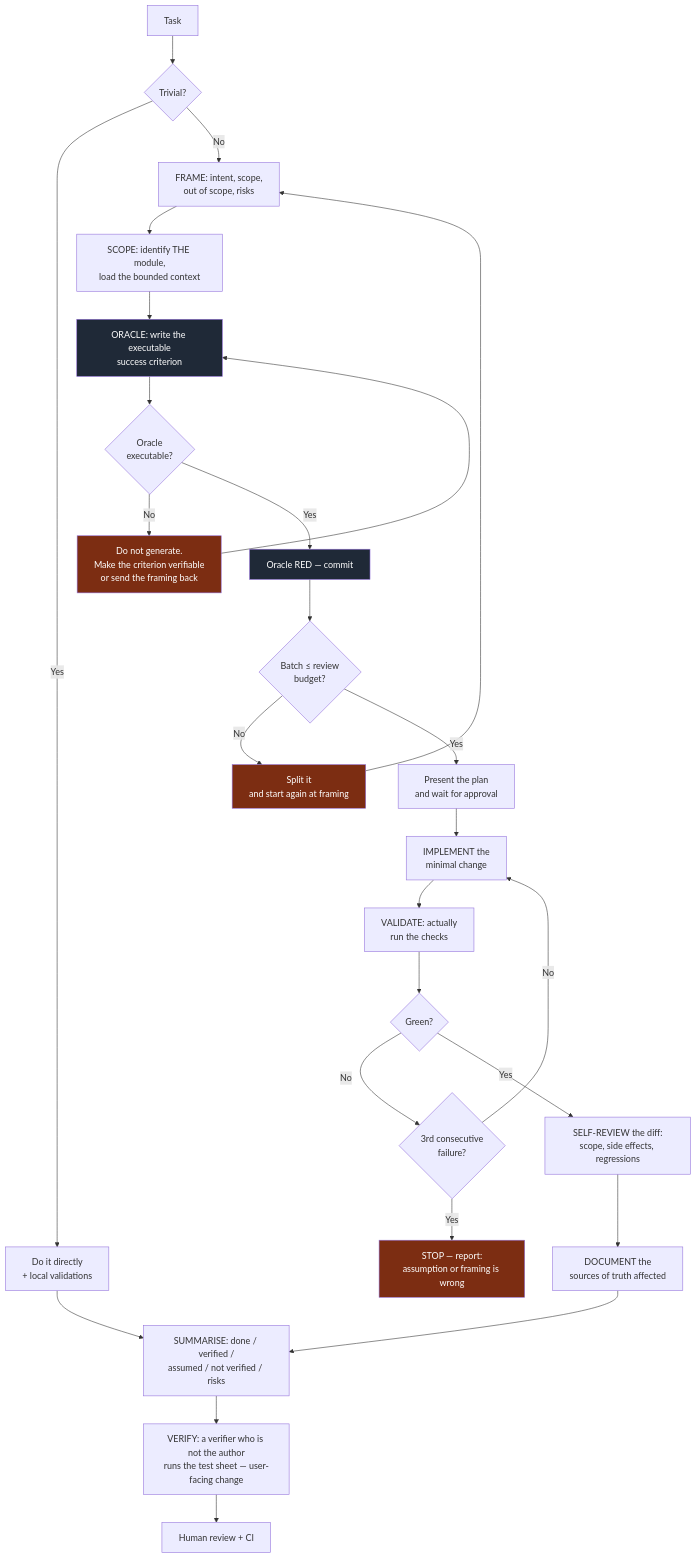
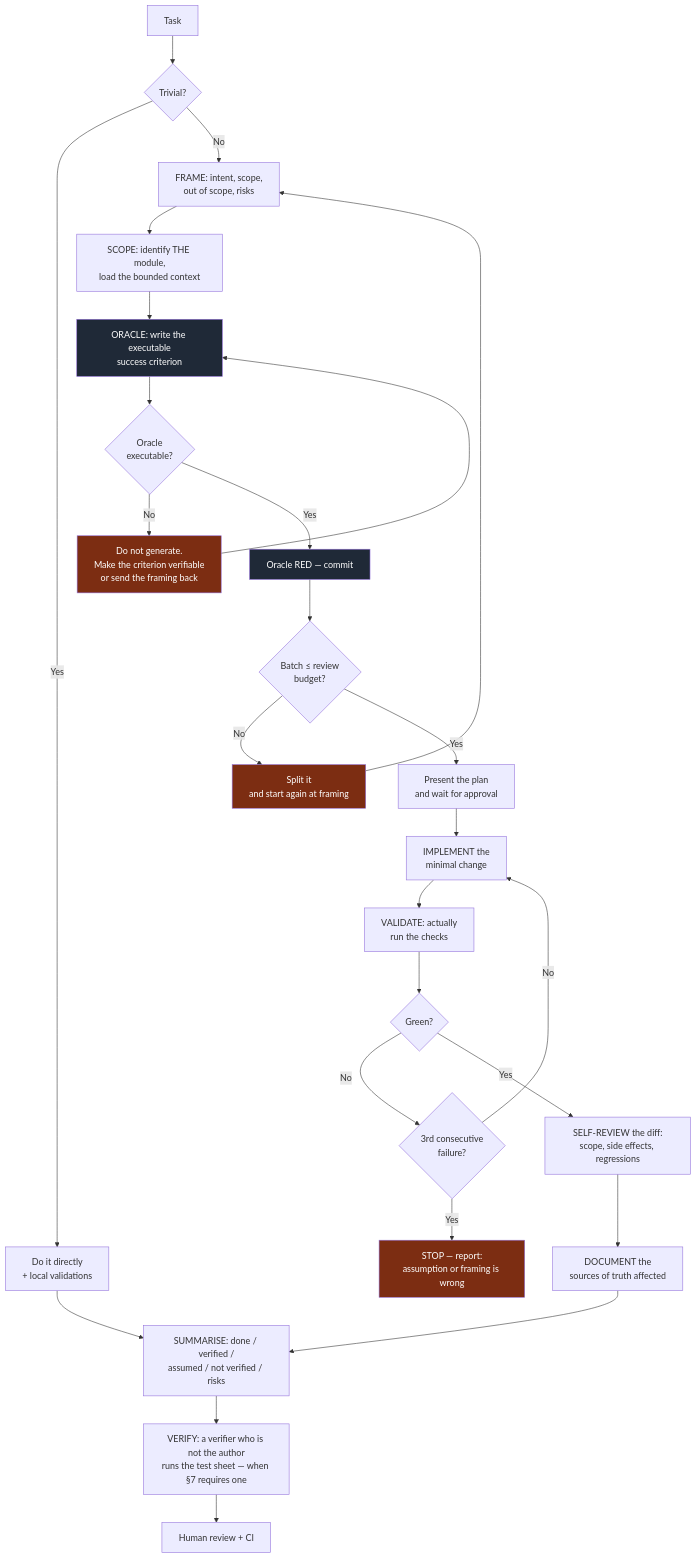
One commit to NapkinStack/engineering-os changed the first of 2 diagrams in skeleton/docs/os/05-workflow.md. Above: the diagram before and after it, drawn with Mermaid. The commit also changed other lines of this file and 30 other files, not shown here.

````diff
--- a/skeleton/docs/os/05-workflow.md
+++ b/skeleton/docs/os/05-workflow.md
@@ -22,35 +22,35 @@
 ```mermaid
 flowchart TD
     A["Task"] --> B{"Trivial?"}
     B -->|Yes| B1["Do it directly<br/>+ local validations"] --> M
 
     B -->|No| C["FRAME: intent, scope,<br/>out of scope, risks"]
     C --> C2["SCOPE: identify THE module,<br/>load the bounded context"]
     C2 --> D["ORACLE: write the executable<br/>success criterion"]
     D --> E{"Oracle<br/>executable?"}
     E -->|No| E1["Do not generate.<br/>Make the criterion verifiable<br/>or send the framing back"] --> D
     E -->|Yes| F["Oracle RED — commit"]
 
     F --> G{"Batch ≤ review<br/>budget?"}
     G -->|No| G1["Split it<br/>and start again at framing"] --> C
     G -->|Yes| P["Present the plan<br/>and wait for approval"]
 
     P --> H["IMPLEMENT the<br/>minimal change"]
     H --> I["VALIDATE: actually<br/>run the checks"]
     I --> J{"Green?"}
     J -->|No| J1{"3rd consecutive<br/>failure?"}
     J1 -->|No| H
     J1 -->|Yes| J2["STOP — report:<br/>assumption or framing is wrong"]
     J -->|Yes| K["SELF-REVIEW the diff:<br/>scope, side effects, regressions"]
 
     K --> L["DOCUMENT the<br/>sources of truth affected"]
     L --> M["SUMMARISE: done / verified /<br/>assumed / not verified / risks"]
-    M --> V["VERIFY: a verifier who is not the author<br/>runs the test sheet — user-facing change"]
+    M --> V["VERIFY: a verifier who is not the author<br/>runs the test sheet — when §7 requires one"]
     V --> N["Human review + CI"]
 
     style D fill:#1f2937,color:#fff
     style F fill:#1f2937,color:#fff
     style J2 fill:#7c2d12,color:#fff
     style G1 fill:#7c2d12,color:#fff
     style E1 fill:#7c2d12,color:#fff
 ```
````
